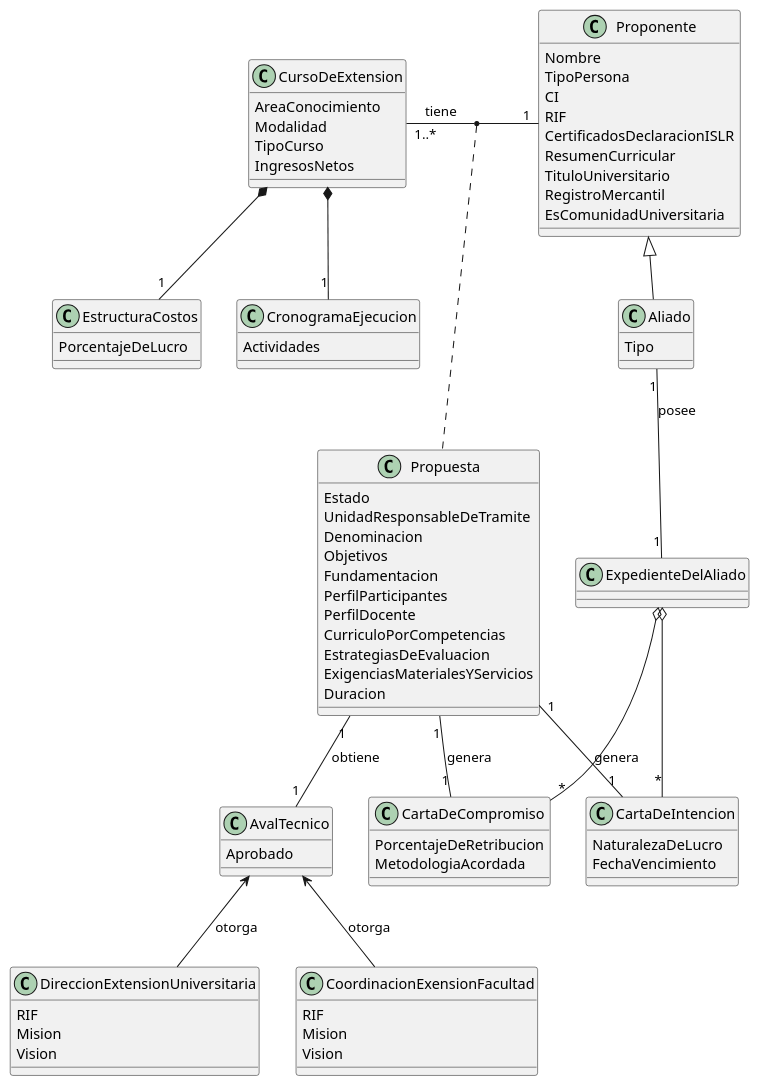
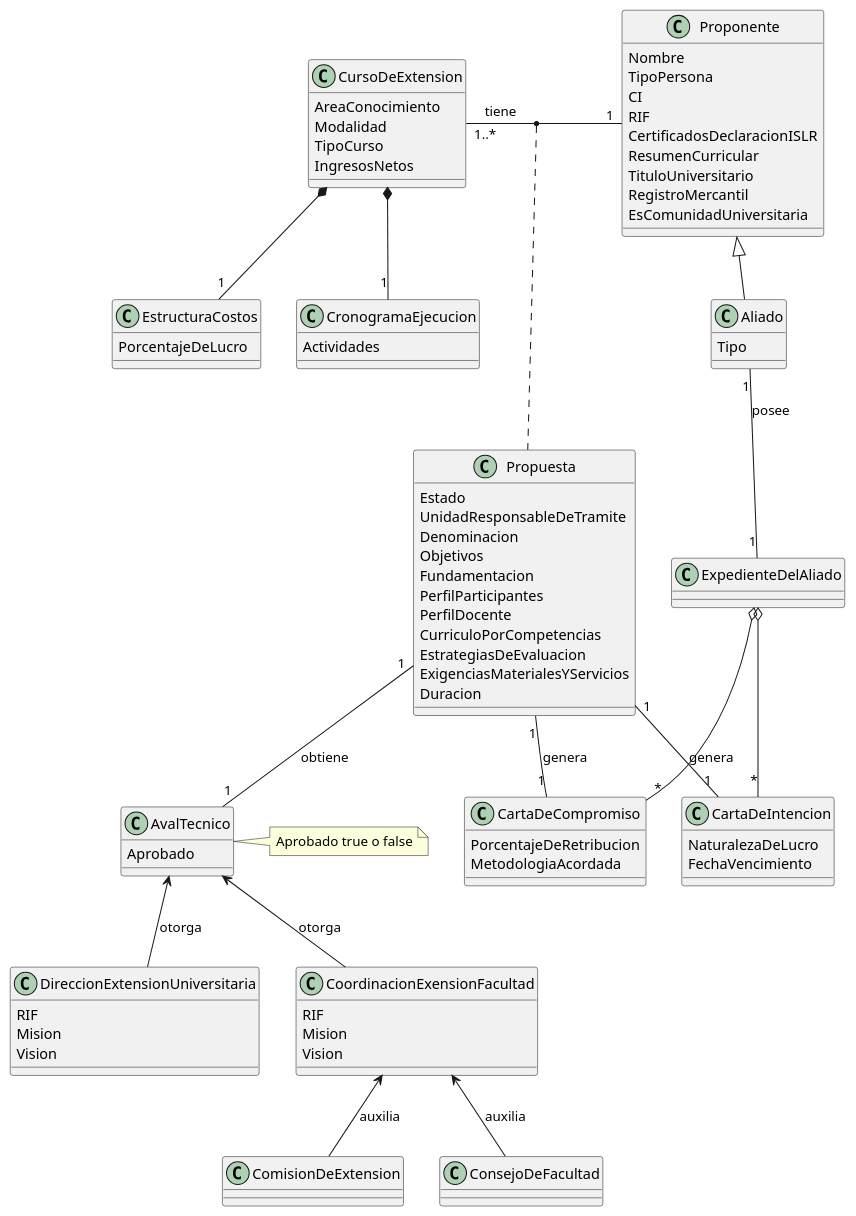
The diagram in docs/scenariosView/DiagramaDeClase.plantuml (Samantha-Ramirez/ProyectoEquipo7ING), drawn with PlantUML before and after one commit. The commit also changed 3 other files, not shown here.

```diff
--- a/docs/scenariosView/DiagramaDeClase.plantuml
+++ b/docs/scenariosView/DiagramaDeClase.plantuml
@@ -1,95 +1,101 @@
 @startuml DiagramaDeClase
 class DireccionExtensionUniversitaria {
   RIF
   Mision
   Vision
 }
 
 class CoordinacionExensionFacultad {
   RIF
   Mision
   Vision
 }
 
 class AvalTecnico {
   Aprobado
 }
+
+note right of AvalTecnico
+  Aprobado true o false
+end note
 
 class CursoDeExtension {
   AreaConocimiento 
   Modalidad
   TipoCurso
   IngresosNetos
 }
 
 class EstructuraCostos {
   PorcentajeDeLucro
 }
 
 class CronogramaEjecucion {
   Actividades
 }
 
 class Propuesta {
   Estado
   UnidadResponsableDeTramite
   Denominacion
   Objetivos
   Fundamentacion 
   PerfilParticipantes
   PerfilDocente
   CurriculoPorCompetencias
   EstrategiasDeEvaluacion
   ExigenciasMaterialesYServicios
   Duracion
 }
 
 class Aliado {
   Tipo
 }
 
 class Proponente {
   Nombre
   TipoPersona
   CI
   RIF
   CertificadosDeclaracionISLR
   ResumenCurricular
   TituloUniversitario
   RegistroMercantil
   EsComunidadUniversitaria
 }
 
 class CartaDeIntencion {
   NaturalezaDeLucro
   FechaVencimiento
 }
 
 class CartaDeCompromiso {
   PorcentajeDeRetribucion
   MetodologiaAcordada
 }
 
 class ExpedienteDelAliado {
 }
 
 AvalTecnico <-- DireccionExtensionUniversitaria : otorga
 AvalTecnico <-- CoordinacionExensionFacultad : otorga
 
 CursoDeExtension *-- "1" CronogramaEjecucion
 CursoDeExtension *-- "1" EstructuraCostos 
 
 Proponente <|-- Aliado 
 
 CursoDeExtension "1..*" - "1" Proponente : tiene
 (CursoDeExtension , Proponente) .. Propuesta
 Propuesta "1" -- "1" AvalTecnico : obtiene
 
 ExpedienteDelAliado o-- "*" CartaDeIntencion 
 ExpedienteDelAliado o-- "*" CartaDeCompromiso 
 Aliado "1" -- "1" ExpedienteDelAliado : posee
 
-
 Propuesta "1" -- "1" CartaDeIntencion : genera
 Propuesta "1" -- "1" CartaDeCompromiso : genera
+
+CoordinacionExensionFacultad <--  ComisionDeExtension : auxilia
+CoordinacionExensionFacultad <--  ConsejoDeFacultad : auxilia
 @enduml
```
